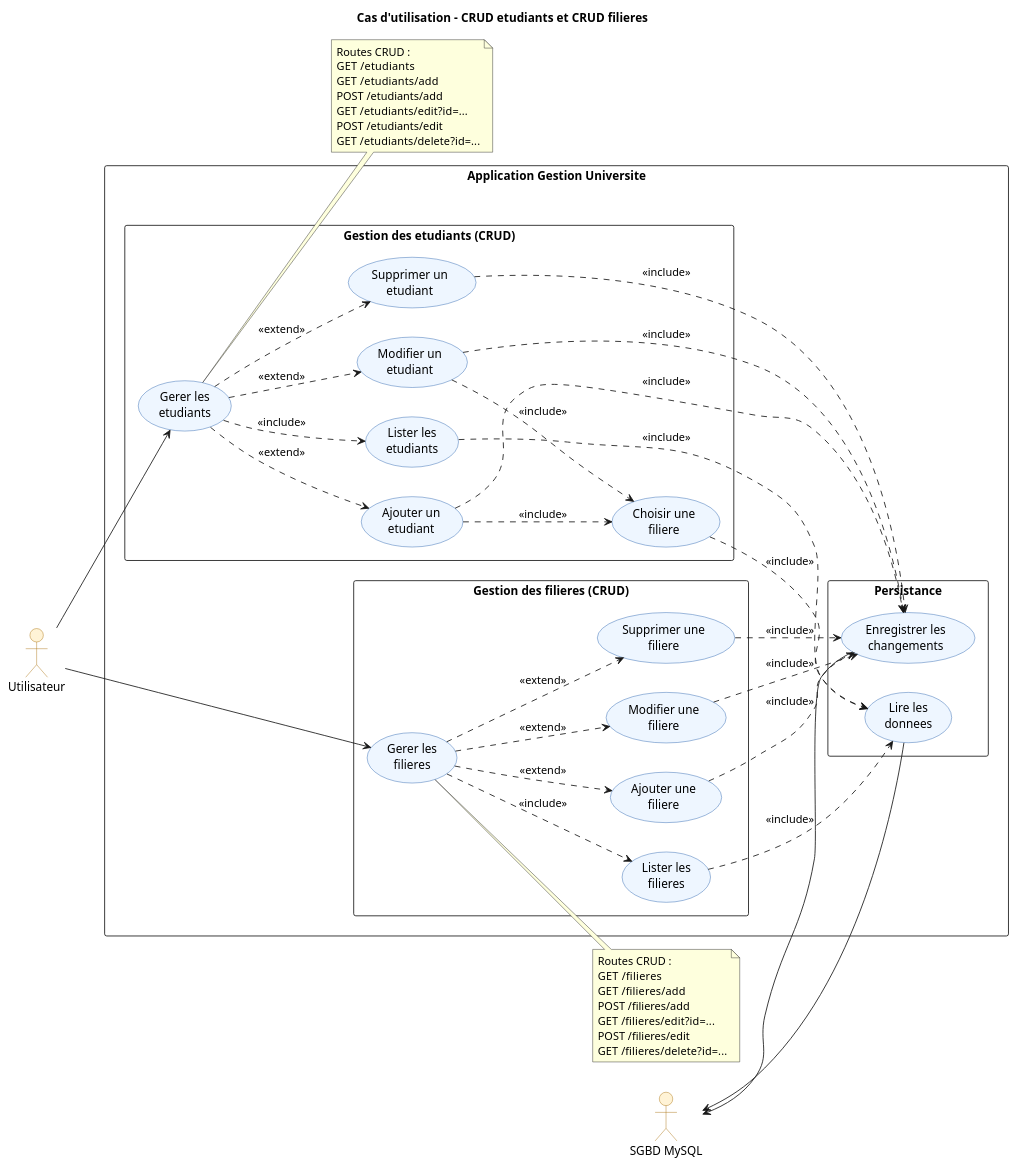
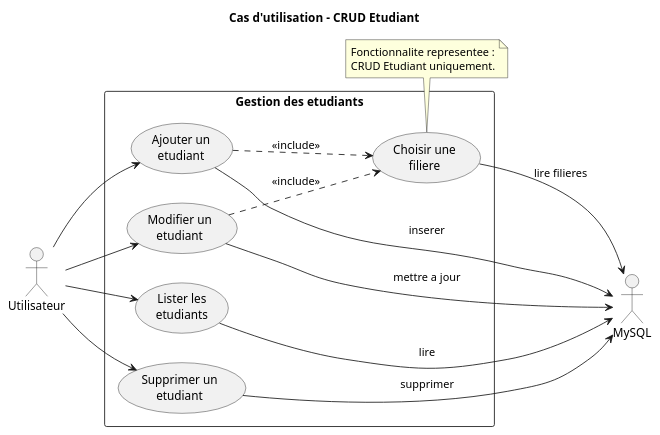
Before and after one commit to mehdidabaj/app-etudiant: the diagram in docs/uml/use-case.puml, drawn with PlantUML. The commit also changed 12 other files, not shown here.

Commit message:
Simplify UML diagrams around student CRUD

```diff
--- a/docs/uml/use-case.puml
+++ b/docs/uml/use-case.puml
@@ -1,91 +1,35 @@
 @startuml
-title Cas d'utilisation - CRUD etudiants et CRUD filieres
+title Cas d'utilisation - CRUD Etudiant
 left to right direction
-skinparam packageStyle rectangle
 skinparam shadowing false
-skinparam usecase {
-  BackgroundColor #EEF6FF
-  BorderColor #1E5AA8
-}
-skinparam actor {
-  BackgroundColor #FFF3D6
-  BorderColor #A66A00
+
+actor "Utilisateur" as User
+actor "MySQL" as DB
+
+rectangle "Gestion des etudiants" {
+  usecase "Lister les\netudiants" as Lister
+  usecase "Ajouter un\netudiant" as Ajouter
+  usecase "Modifier un\netudiant" as Modifier
+  usecase "Supprimer un\netudiant" as Supprimer
+  usecase "Choisir une\nfiliere" as ChoisirFiliere
 }
 
-actor "Utilisateur" as Utilisateur
-actor "SGBD MySQL" as MySQL
+User --> Lister
+User --> Ajouter
+User --> Modifier
+User --> Supprimer
 
-rectangle "Application Gestion Universite" {
-  package "Gestion des etudiants (CRUD)" {
-    usecase "Gerer les\netudiants" as UC_GererEtudiants
-    usecase "Lister les\netudiants" as UC_ListerEtudiants
-    usecase "Ajouter un\netudiant" as UC_AjouterEtudiant
-    usecase "Modifier un\netudiant" as UC_ModifierEtudiant
-    usecase "Supprimer un\netudiant" as UC_SupprimerEtudiant
-    usecase "Choisir une\nfiliere" as UC_ChoisirFiliere
-  }
+Ajouter ..> ChoisirFiliere : <<include>>
+Modifier ..> ChoisirFiliere : <<include>>
 
-  package "Gestion des filieres (CRUD)" {
-    usecase "Gerer les\nfilieres" as UC_GererFilieres
-    usecase "Lister les\nfilieres" as UC_ListerFilieres
-    usecase "Ajouter une\nfiliere" as UC_AjouterFiliere
-    usecase "Modifier une\nfiliere" as UC_ModifierFiliere
-    usecase "Supprimer une\nfiliere" as UC_SupprimerFiliere
-  }
+Lister --> DB : lire
+Ajouter --> DB : inserer
+Modifier --> DB : mettre a jour
+Supprimer --> DB : supprimer
+ChoisirFiliere --> DB : lire filieres
 
-  package "Persistance" {
-    usecase "Lire les\ndonnees" as UC_Lire
-    usecase "Enregistrer les\nchangements" as UC_Ecrire
-  }
-}
-
-Utilisateur --> UC_GererEtudiants
-Utilisateur --> UC_GererFilieres
-
-UC_GererEtudiants ..> UC_ListerEtudiants : <<include>>
-UC_GererEtudiants ..> UC_AjouterEtudiant : <<extend>>
-UC_GererEtudiants ..> UC_ModifierEtudiant : <<extend>>
-UC_GererEtudiants ..> UC_SupprimerEtudiant : <<extend>>
-
-UC_AjouterEtudiant ..> UC_ChoisirFiliere : <<include>>
-UC_ModifierEtudiant ..> UC_ChoisirFiliere : <<include>>
-
-UC_ListerEtudiants ..> UC_Lire : <<include>>
-UC_ChoisirFiliere ..> UC_Lire : <<include>>
-UC_AjouterEtudiant ..> UC_Ecrire : <<include>>
-UC_ModifierEtudiant ..> UC_Ecrire : <<include>>
-UC_SupprimerEtudiant ..> UC_Ecrire : <<include>>
-
-UC_GererFilieres ..> UC_ListerFilieres : <<include>>
-UC_GererFilieres ..> UC_AjouterFiliere : <<extend>>
-UC_GererFilieres ..> UC_ModifierFiliere : <<extend>>
-UC_GererFilieres ..> UC_SupprimerFiliere : <<extend>>
-
-UC_ListerFilieres ..> UC_Lire : <<include>>
-UC_AjouterFiliere ..> UC_Ecrire : <<include>>
-UC_ModifierFiliere ..> UC_Ecrire : <<include>>
-UC_SupprimerFiliere ..> UC_Ecrire : <<include>>
-
-MySQL <-- UC_Lire
-MySQL <-- UC_Ecrire
-
-note right of UC_GererEtudiants
-  Routes CRUD :
-  GET  /etudiants
-  GET  /etudiants/add
-  POST /etudiants/add
-  GET  /etudiants/edit?id=...
-  POST /etudiants/edit
-  GET  /etudiants/delete?id=...
-end note
-
-note right of UC_GererFilieres
-  Routes CRUD :
-  GET  /filieres
-  GET  /filieres/add
-  POST /filieres/add
-  GET  /filieres/edit?id=...
-  POST /filieres/edit
-  GET  /filieres/delete?id=...
+note bottom
+  Fonctionnalite representee :
+  CRUD Etudiant uniquement.
 end note
 @enduml
```
